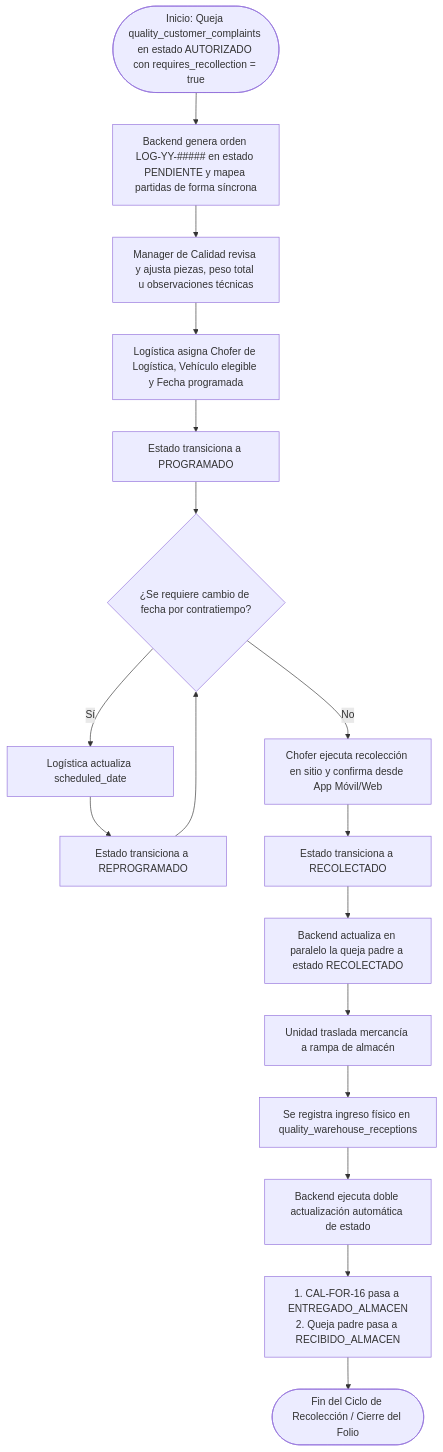
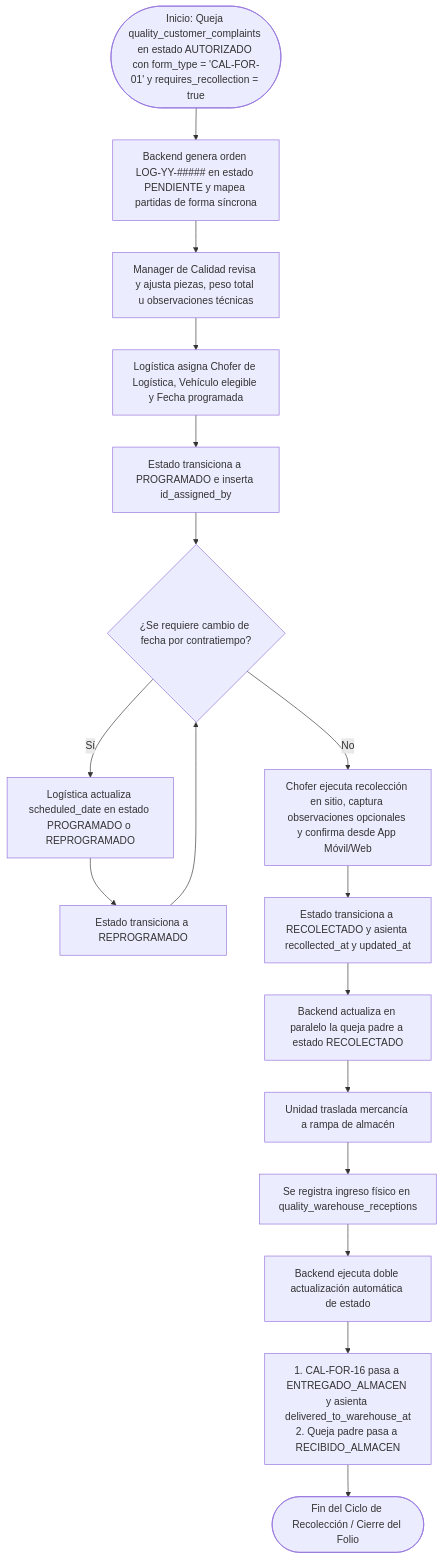
One commit to Automatizacion-KPC/KoonolApp changed the first of 4 diagrams in docs/modules/product_recollection.md. Above: the diagram before and after it, drawn with Mermaid. The commit also changed other lines of this file, not shown here.

Commit message:
docs(qlr/docs): actualizar diagramas de flujo respecto a todos los cambios realizados en BR y US [chore]

````diff
--- a/docs/modules/product_recollection.md
+++ b/docs/modules/product_recollection.md
@@ -132,21 +132,21 @@
 ```mermaid
 graph TD
-    A([Inicio: Queja quality_customer_complaints en estado AUTORIZADO con requires_recollection = true]) --> B[Backend genera orden LOG-YY-##### en estado PENDIENTE y mapea partidas de forma síncrona]
+    A([Inicio: Queja quality_customer_complaints en estado AUTORIZADO con form_type = 'CAL-FOR-01' y requires_recollection = true]) --> B[Backend genera orden LOG-YY-##### en estado PENDIENTE y mapea partidas de forma síncrona]
     B --> C[Manager de Calidad revisa y ajusta piezas, peso total u observaciones técnicas]
     C --> D[Logística asigna Chofer de Logística, Vehículo elegible y Fecha programada]
-    D --> E[Estado transiciona a PROGRAMADO]
+    D --> E[Estado transiciona a PROGRAMADO e inserta id_assigned_by]
 
     E --> F{¿Se requiere cambio de fecha por contratiempo?}
-    F -- Sí --> G[Logística actualiza scheduled_date]
+    F -- Sí --> G[Logística actualiza scheduled_date en estado PROGRAMADO o REPROGRAMADO]
     G --> H[Estado transiciona a REPROGRAMADO]
     H --> F
 
-    F -- No --> I[Chofer ejecuta recolección en sitio y confirma desde App Móvil/Web]
-    I --> J[Estado transiciona a RECOLECTADO]
+    F -- No --> I[Chofer ejecuta recolección en sitio, captura observaciones opcionales y confirma desde App Móvil/Web]
+    I --> J[Estado transiciona a RECOLECTADO y asienta recollected_at y updated_at]
     J --> K[Backend actualiza en paralelo la queja padre a estado RECOLECTADO]
     K --> L[Unidad traslada mercancía a rampa de almacén]
     L --> M[Se registra ingreso físico en quality_warehouse_receptions]
     M --> N[Backend ejecuta doble actualización automática de estado]
-    N --> O["1. CAL-FOR-16 pasa a ENTREGADO_ALMACEN<br/>2. Queja padre pasa a RECIBIDO_ALMACEN"]
+    N --> O["1. CAL-FOR-16 pasa a ENTREGADO_ALMACEN y asienta delivered_to_warehouse_at<br/>2. Queja padre pasa a RECIBIDO_ALMACEN"]
     O --> P([Fin del Ciclo de Recolección / Cierre del Folio])
 ```
````
